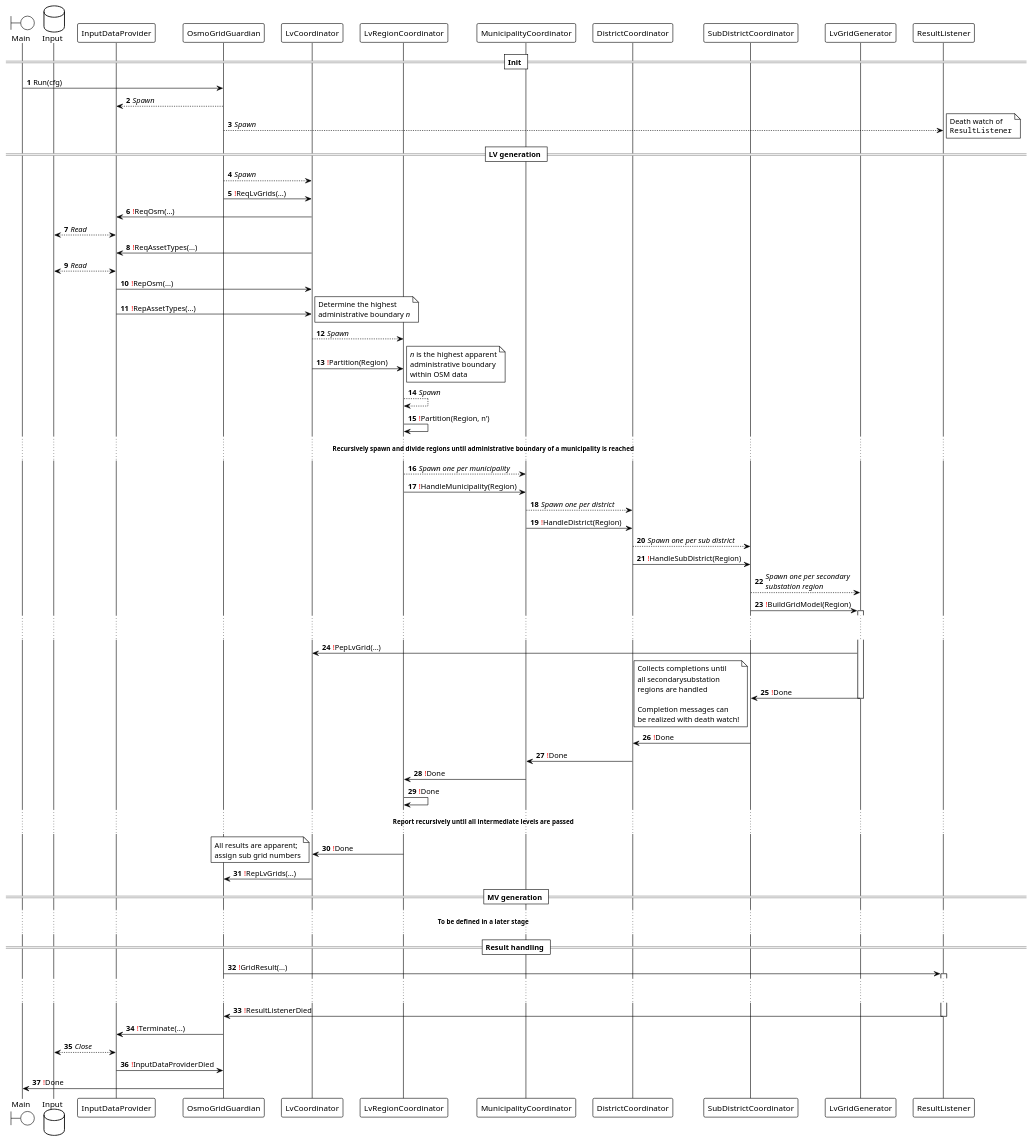
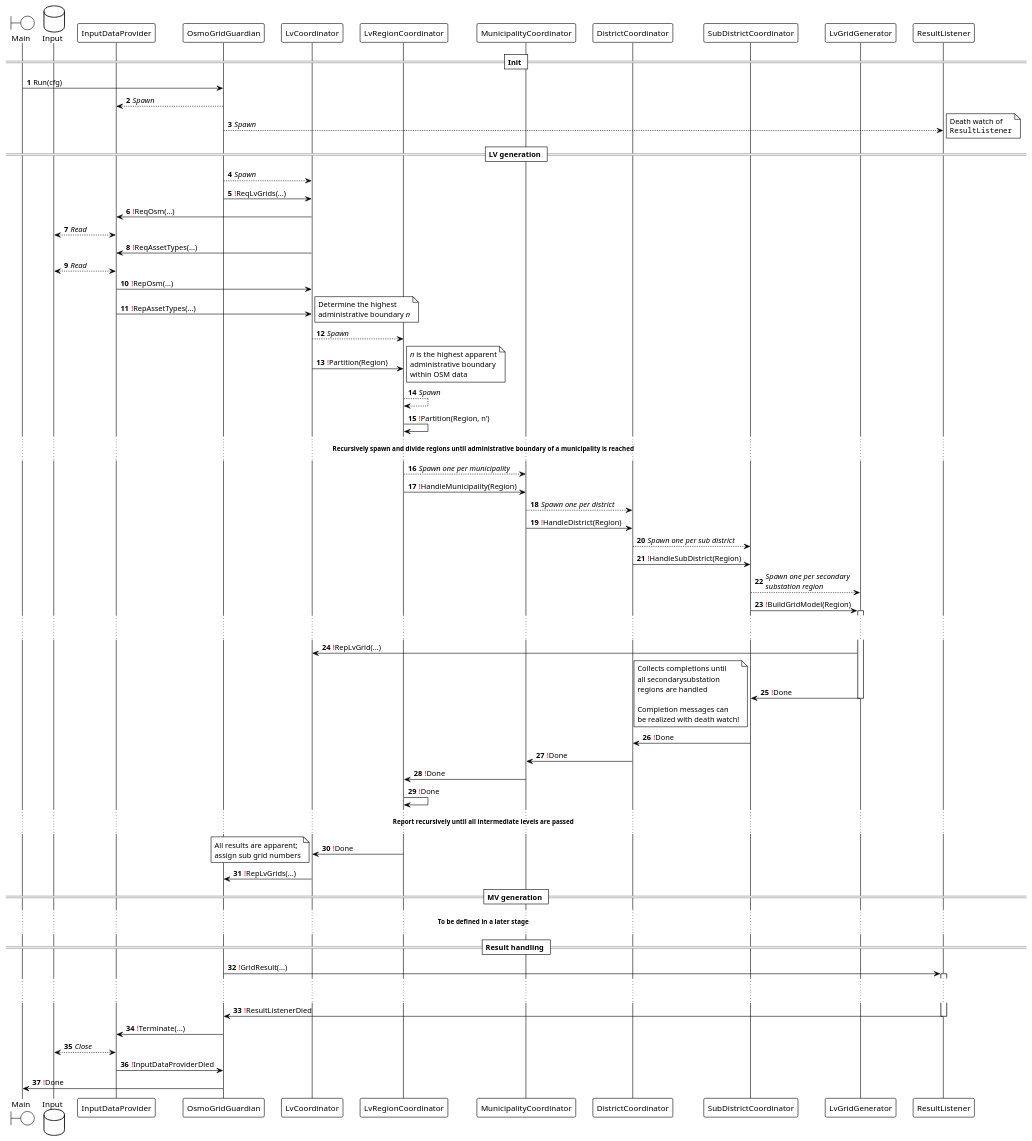
One commit to ie3-institute/OSMoGrid changed the diagram in docs/puml/protocol/protocol.puml. Above: the diagram before and after it, drawn with PlantUML.

```diff
--- a/docs/puml/protocol/protocol.puml
+++ b/docs/puml/protocol/protocol.puml
@@ -1,90 +1,90 @@
 @startuml
 'https://plantuml.com/sequence-diagram
 
 !theme plain
 autonumber
 
 boundary Main
 database Input
 participant InputDataProvider
 participant OsmoGridGuardian
 participant LvCoordinator
 participant LvRegionCoordinator
 participant MunicipalityCoordinator
 participant DistrictCoordinator
 participant SubDistrictCoordinator
 participant LvGridGenerator
 participant ResultListener
 
 == Init ==
 Main -> OsmoGridGuardian: Run(cfg)
 OsmoGridGuardian --> InputDataProvider: //Spawn//
 
 OsmoGridGuardian --> ResultListener: //Spawn//
 note right: Death watch of\n""ResultListener""
 
 == LV generation ==
 OsmoGridGuardian --> LvCoordinator: //Spawn//
 OsmoGridGuardian -> LvCoordinator: <font color="red">!</font>ReqLvGrids(...)
 LvCoordinator -> InputDataProvider: <font color="red">!</font>ReqOsm(...)
 InputDataProvider <--> Input: //Read//
 LvCoordinator -> InputDataProvider: <font color="red">!</font>ReqAssetTypes(...)
 InputDataProvider <--> Input: //Read//
 InputDataProvider -> LvCoordinator: <font color="red">!</font>RepOsm(...)
 InputDataProvider -> LvCoordinator: <font color="red">!</font>RepAssetTypes(...)
 note right: Determine the highest\nadministrative boundary //n//
 LvCoordinator --> LvRegionCoordinator: //Spawn//
 
 LvCoordinator -> LvRegionCoordinator: <font color="red">!</font>Partition(Region)
 note right: //n// is the highest apparent\nadministrative boundary\nwithin OSM data
 LvRegionCoordinator --> LvRegionCoordinator: //Spawn//
 LvRegionCoordinator -> LvRegionCoordinator: <font color="red">!</font>Partition(Region, n')
 ... **Recursively spawn and divide regions until administrative boundary of a municipality is reached** ...
 
 LvRegionCoordinator --> MunicipalityCoordinator: //Spawn one per municipality//
 LvRegionCoordinator -> MunicipalityCoordinator: <font color="red">!</font>HandleMunicipality(Region)
 
 MunicipalityCoordinator --> DistrictCoordinator: //Spawn one per district//
 MunicipalityCoordinator -> DistrictCoordinator: <font color="red">!</font>HandleDistrict(Region)
 
 DistrictCoordinator --> SubDistrictCoordinator: //Spawn one per sub district//
 DistrictCoordinator -> SubDistrictCoordinator: <font color="red">!</font>HandleSubDistrict(Region)
 
 SubDistrictCoordinator --> LvGridGenerator: //Spawn one per secondary//\n//substation region//
 SubDistrictCoordinator -> LvGridGenerator: <font color="red">!</font>BuildGridModel(Region)
 
 activate LvGridGenerator
 ... ...
-LvGridGenerator -> LvCoordinator: <font color="red">!</font>PepLvGrid(...)
+LvGridGenerator -> LvCoordinator: <font color="red">!</font>RepLvGrid(...)
 LvGridGenerator -> SubDistrictCoordinator: <font color="red">!</font>Done
 note left: Collects completions until\nall secondarysubstation\nregions are handled\n\nCompletion messages can\nbe realized with death watch!
 deactivate LvGridGenerator
 
 SubDistrictCoordinator -> DistrictCoordinator: <font color="red">!</font>Done
 DistrictCoordinator -> MunicipalityCoordinator: <font color="red">!</font>Done
 MunicipalityCoordinator -> LvRegionCoordinator: <font color="red">!</font>Done
 LvRegionCoordinator -> LvRegionCoordinator: <font color="red">!</font>Done
 ... **Report recursively until all intermediate levels are passed** ...
 LvRegionCoordinator -> LvCoordinator: <font color="red">!</font>Done
 note left: All results are apparent;\nassign sub grid numbers
 
 LvCoordinator -> OsmoGridGuardian: <font color="red">!</font>RepLvGrids(...)
 
 == MV generation ==
 ... **To be defined in a later stage** ...
 
 == Result handling ==
 OsmoGridGuardian -> ResultListener: <font color="red">!</font>GridResult(...)
 activate ResultListener
 ... ...
 ResultListener -> OsmoGridGuardian: <font color="red">!</font>ResultListenerDied
 deactivate ResultListener
 OsmoGridGuardian -> InputDataProvider: <font color="red">!</font>Terminate(...)
 InputDataProvider <--> Input: //Close//
 InputDataProvider -> OsmoGridGuardian: <font color="red">!</font>InputDataProviderDied
 
 OsmoGridGuardian -> Main: <font color="red">!</font>Done
 
 'TODO: Don't forget to spawn and initialize the ResultListener
 
 @enduml
```
